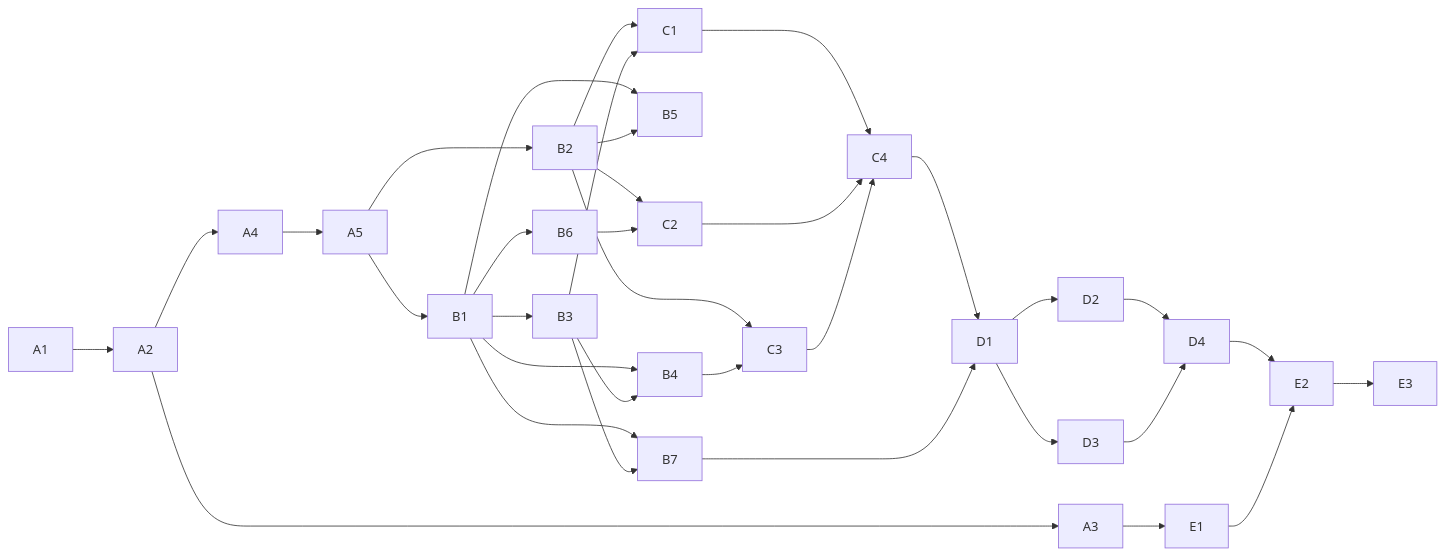
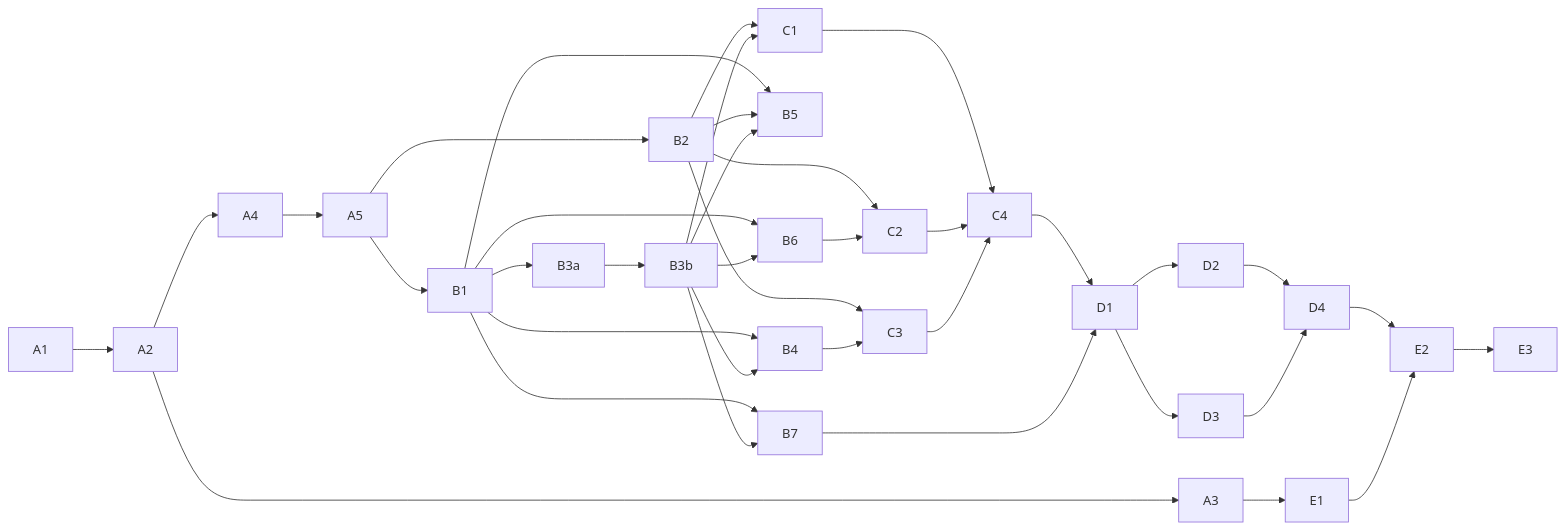
Before and after one commit to andreavadacchino/cPanel_self-migration: the diagram in tasks/BACKLOG.md, drawn with Mermaid. The commit also changed other lines of this file and 8 other files, not shown here.

````diff
--- a/tasks/BACKLOG.md
+++ b/tasks/BACKLOG.md
@@ -62,34 +65,36 @@
 ```mermaid
 graph LR
   A1-->A2
   A2-->A3
   A2-->A4-->A5
   A5-->B1
   A5-->B2
-  B1-->B3
+  B1-->B3a-->B3b
   B1-->B4
-  B3-->B4
+  B3b-->B4
   B1-->B5
   B2-->B5
+  B3b-->B5
   B1-->B6
+  B3b-->B6
   B1-->B7
-  B3-->B7
+  B3b-->B7
   B2-->C1
-  B3-->C1
+  B3b-->C1
   B2-->C2
   B6-->C2
   B2-->C3
   B4-->C3
   C1-->C4
   C2-->C4
   C3-->C4
   C4-->D1
   B7-->D1
   D1-->D2
   D1-->D3
   D2-->D4
   D3-->D4
   A3-->E1
   D4-->E2
   E1-->E2-->E3
 ```
````
